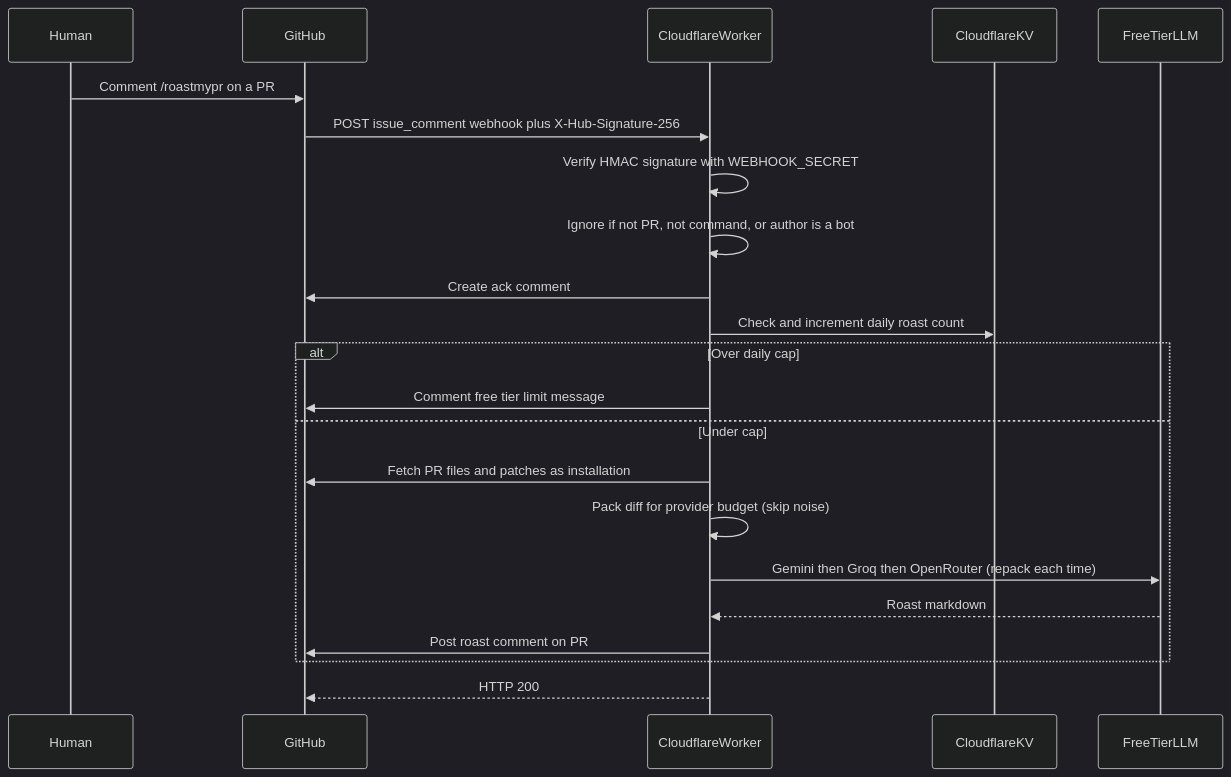
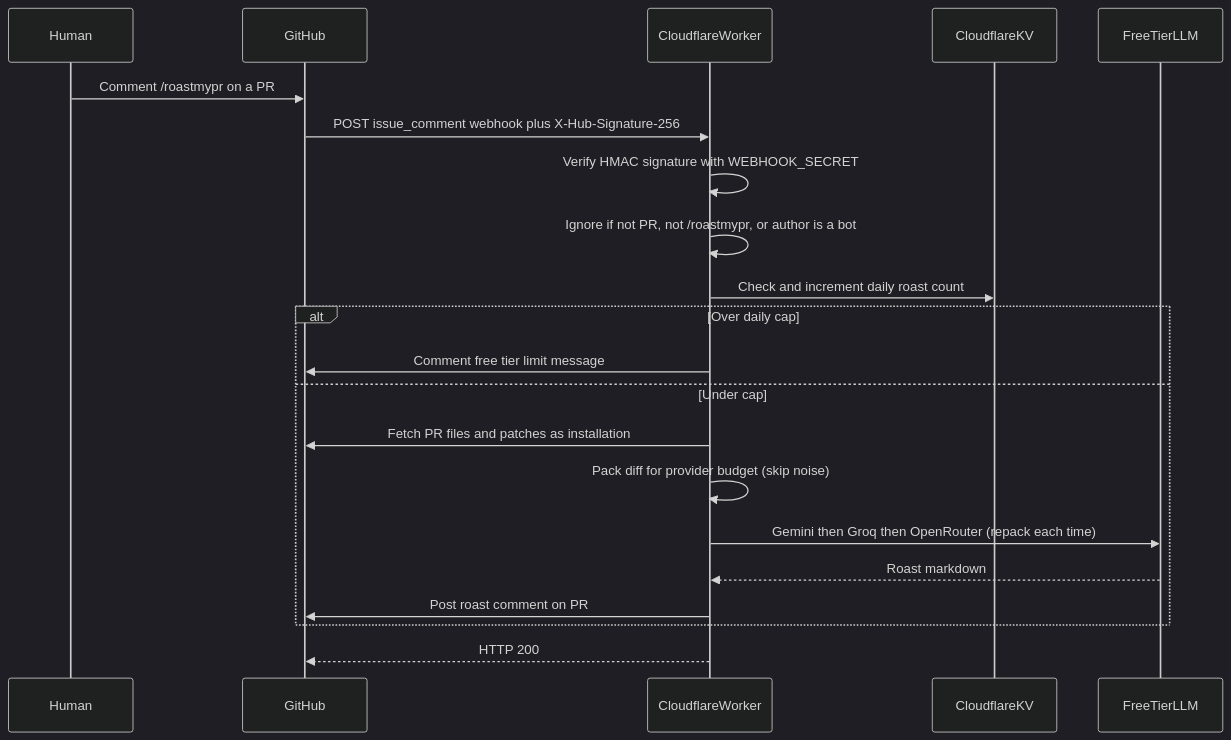
One commit to vuongj321/roast-my-pr changed the second of 4 diagrams in docs/ARCHITECTURE.md. Above: the diagram before and after it, drawn with Mermaid (dark theme). The commit also changed other lines of this file, not shown here.

First line of the commit message:
docs: sync architecture with command and ack changes

````diff
--- a/docs/ARCHITECTURE.md
+++ b/docs/ARCHITECTURE.md
@@ -118,25 +118,24 @@
 ```mermaid
 sequenceDiagram
   participant Human
   participant GitHub
   participant Worker as CloudflareWorker
   participant KV as CloudflareKV
   participant LLM as FreeTierLLM
 
   Human->>GitHub: Comment /roastmypr on a PR
   GitHub->>Worker: POST issue_comment webhook plus X-Hub-Signature-256
   Worker->>Worker: Verify HMAC signature with WEBHOOK_SECRET
-  Worker->>Worker: Ignore if not PR, not command, or author is a bot
-  Worker->>GitHub: Create ack comment
+  Worker->>Worker: Ignore if not PR, not /roastmypr, or author is a bot
   Worker->>KV: Check and increment daily roast count
   alt Over daily cap
     Worker->>GitHub: Comment free tier limit message
   else Under cap
     Worker->>GitHub: Fetch PR files and patches as installation
     Worker->>Worker: Pack diff for provider budget (skip noise)
     Worker->>LLM: Gemini then Groq then OpenRouter (repack each time)
     LLM-->>Worker: Roast markdown
     Worker->>GitHub: Post roast comment on PR
   end
   Worker-->>GitHub: HTTP 200
 ```
````
